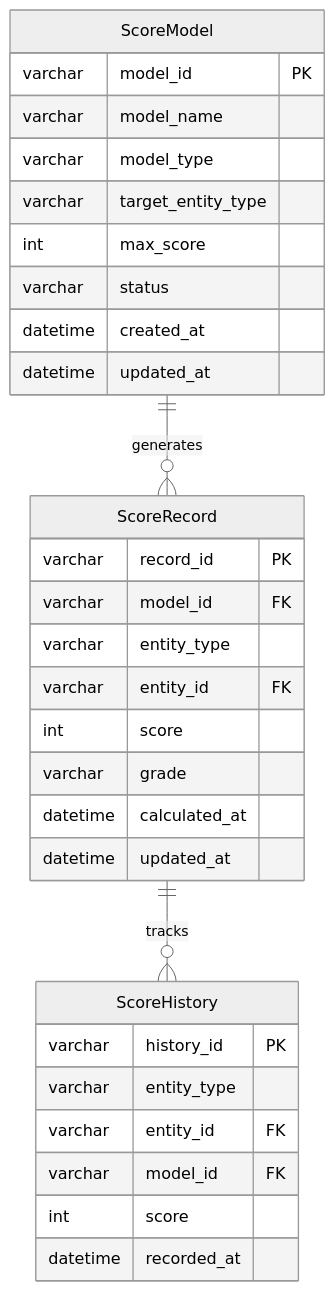
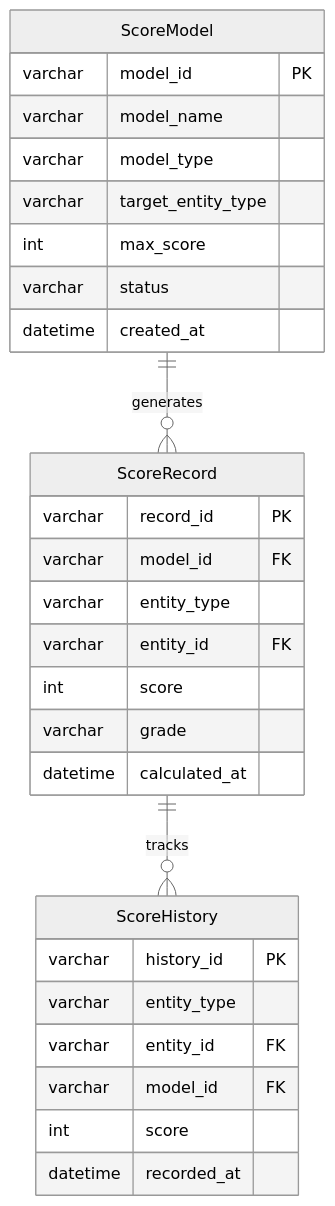
Diagram 14 of 25 in docs/b2b-cdp-entity-design.md (312268112/advanced-java), drawn with Mermaid (neutral theme) before and after one commit. The commit also changed other lines of this file, not shown here.

````diff
--- a/docs/b2b-cdp-entity-design.md
+++ b/docs/b2b-cdp-entity-design.md
@@ -709,36 +558,34 @@
 ```mermaid
 erDiagram
     ScoreModel ||--o{ ScoreRecord : generates
     ScoreRecord ||--o{ ScoreHistory : tracks
     
     ScoreModel {
         varchar model_id PK
         varchar model_name
         varchar model_type
         varchar target_entity_type
         int max_score
         varchar status
         datetime created_at
-        datetime updated_at
     }
     
     ScoreRecord {
         varchar record_id PK
         varchar model_id FK
         varchar entity_type
         varchar entity_id FK
         int score
         varchar grade
         datetime calculated_at
-        datetime updated_at
     }
     
     ScoreHistory {
         varchar history_id PK
         varchar entity_type
         varchar entity_id FK
         varchar model_id FK
         int score
         datetime recorded_at
     }
 ```
````
